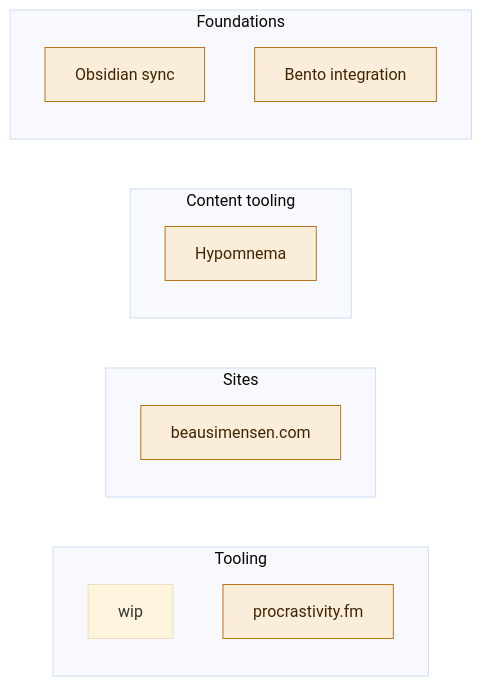
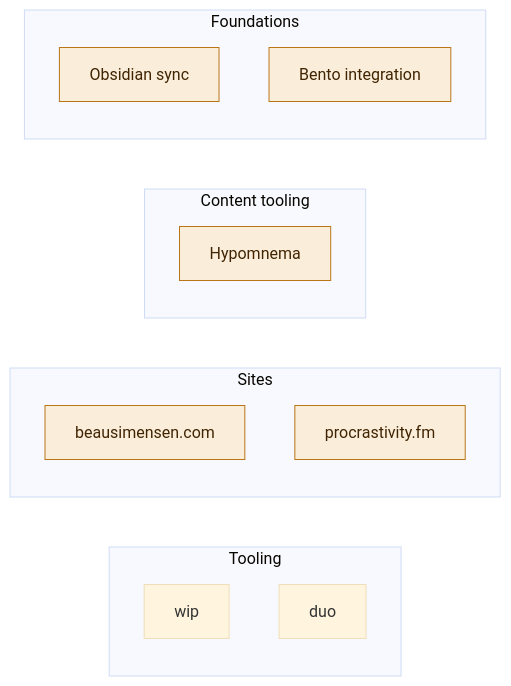
One commit to simensen/beausimensen-com-content changed the diagram in pages/now.md. Above: the diagram before and after it, drawn with Mermaid (base theme).

Commit message:
sync 2026-08-15T13:11:12Z

````diff
--- a/pages/now.md
+++ b/pages/now.md
@@ -12,26 +12,26 @@
 ```mermaid
 flowchart LR
     subgraph Tooling
         wip[wip]
-        procrastivity[procrastivity.fm]
+        duo[duo]
     end
 
     subgraph Sites
         beausimensen[beausimensen.com]
         procrastivity[procrastivity.fm]
     end
 
     subgraph "Content tooling"
         hypomnema[Hypomnema]
     end
 
     subgraph Foundations
         sync[Obsidian sync]
         bento[Bento integration]
     end
 
     classDef shipped fill:#EAF3DE,stroke:#639922,color:#173404
     classDef active fill:#FAEEDA,stroke:#BA7517,color:#412402
     class gethmn shipped
     class beausimensen,procrastivity,hypomnema,sync,bento active
 ```
````
